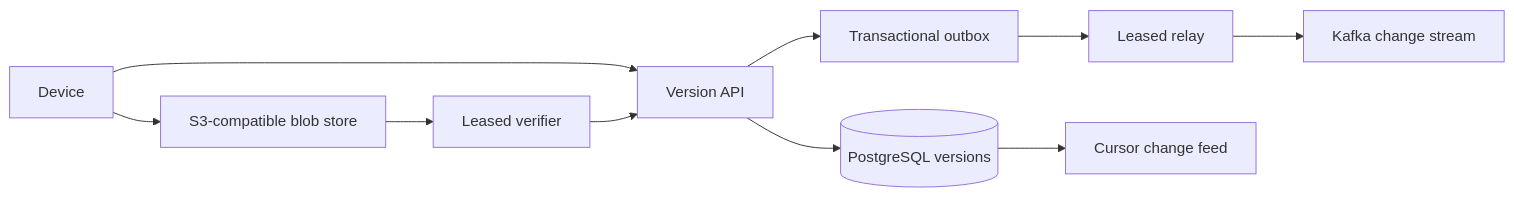
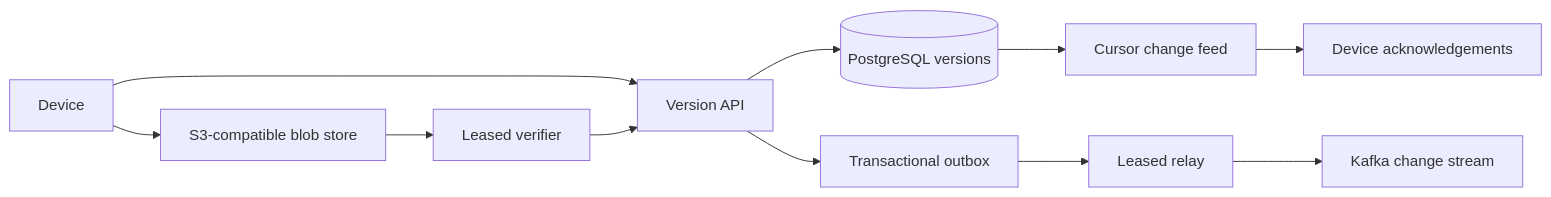
The diagram in README.md (ihrutvik/distributed-file-synchronization-platform), drawn with Mermaid before and after one commit. The commit also changed other lines of this file and 12 other files, not shown here.

Commit message:
Track durable device sync acknowledgements

````diff
--- a/README.md
+++ b/README.md
@@ -40,12 +44,13 @@
 ```mermaid
 flowchart LR
   D["Device"] --> B["S3-compatible blob store"]
   D --> API["Version API"]
   B --> V["Leased verifier"]
   V --> API
   API --> DB[("PostgreSQL versions")]
   API --> O["Transactional outbox"]
   O --> R["Leased relay"]
   R --> K["Kafka change stream"]
   DB --> C["Cursor change feed"]
+  C --> A["Device acknowledgements"]
 ```
````
